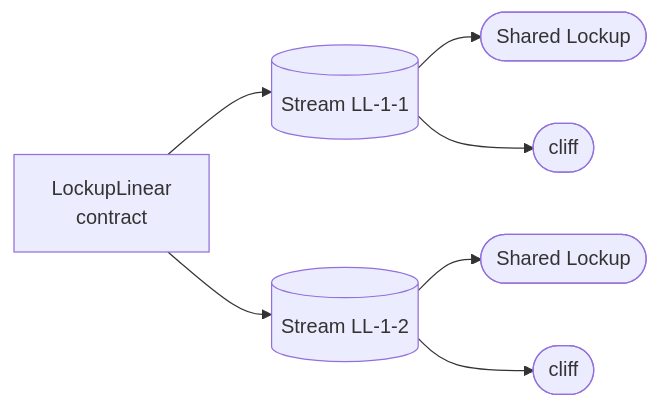
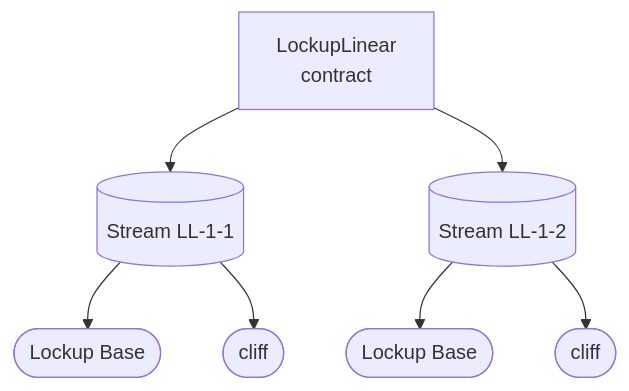
The second of 7 diagrams in docs/reference/lockup/01-diagrams.md (sablier-labs/docs), drawn with Mermaid before and after one commit. The commit also changed other lines of this file and 7 other files, not shown here.

First line of the commit message:
docs: campaign verification guide and update flow diagram (#226)

````diff
--- a/docs/reference/lockup/01-diagrams.md
+++ b/docs/reference/lockup/01-diagrams.md
@@ -54,18 +54,18 @@
 ```mermaid
-flowchart LR;
+flowchart TD;
   C["LockupLinear\ncontract"];
+
   S0[(Stream LL-1-1)];
-  P0([Shared Lockup]);
+  P0([Lockup Base]);
   P1([cliff]);
   S0 --> P0;
   S0 --> P1;
   C --> S0;
 
-  C["LockupLinear\ncontract"];
   S1[(Stream LL-1-2)];
-  P2([Shared Lockup]);
+  P2([Lockup Base]);
   P3([cliff]);
   S1 --> P2;
   S1 --> P3;
   C --> S1;
 ```
````
